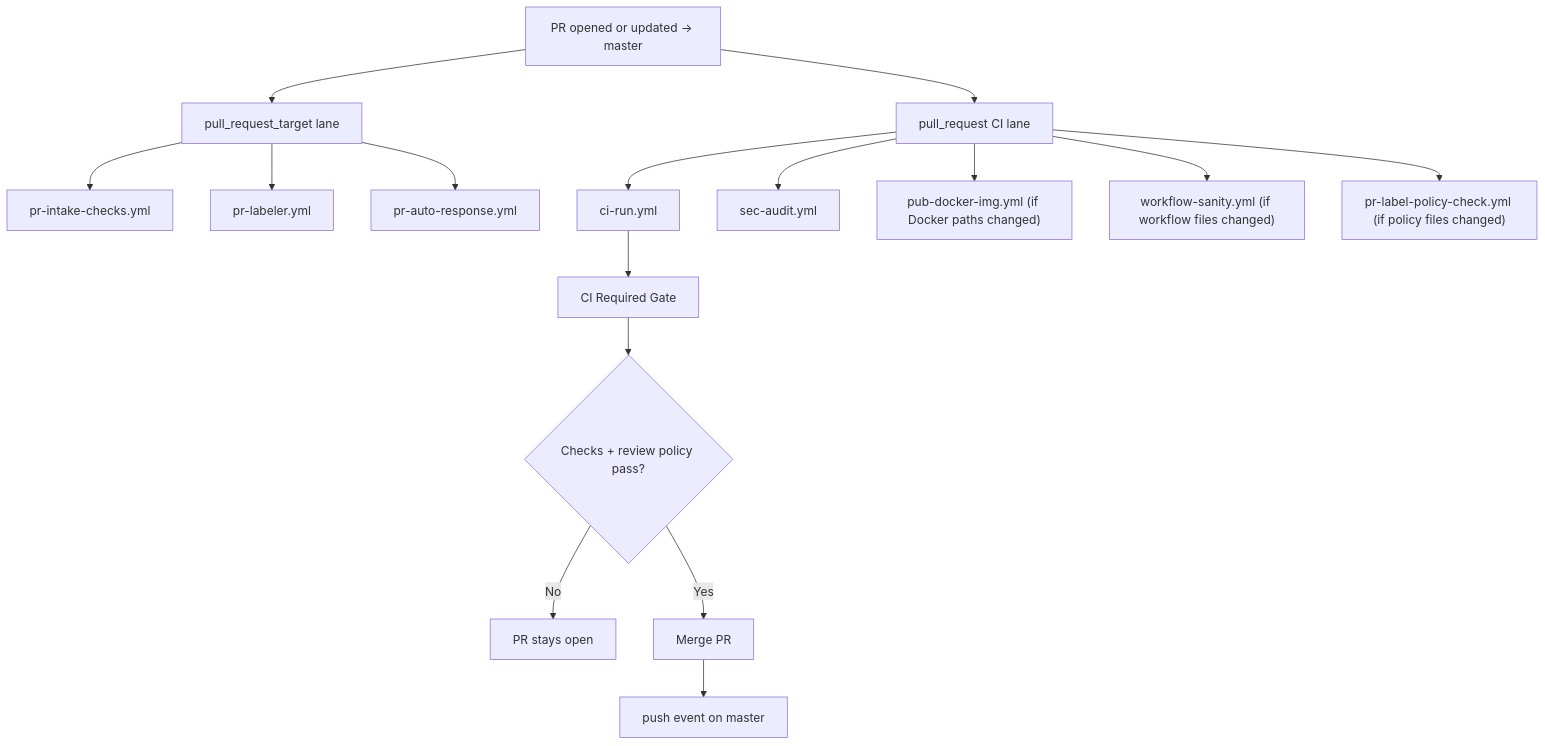
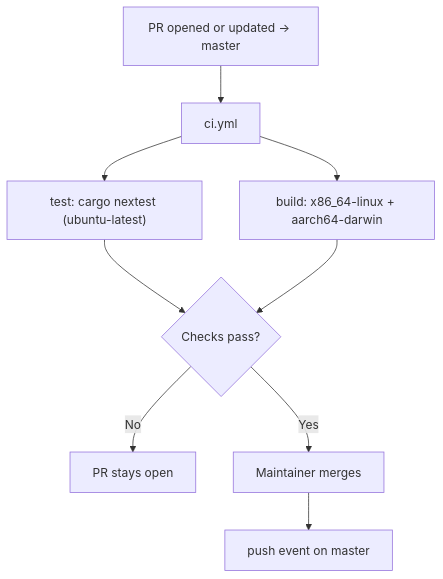
The first of 3 diagrams in .github/workflows/master-branch-flow.md (Sakthisabariesh/personal_bot), drawn with Mermaid before and after one commit. The commit also changed other lines of this file and 4 other files, not shown here.

````diff
--- a/.github/workflows/master-branch-flow.md
+++ b/.github/workflows/master-branch-flow.md
@@ -190,18 +88,10 @@
 ```mermaid
 flowchart TD
-  A["PR opened or updated -> master"] --> B["pull_request_target lane"]
-  B --> B1["pr-intake-checks.yml"]
-  B --> B2["pr-labeler.yml"]
-  B --> B3["pr-auto-response.yml"]
-  A --> C["pull_request CI lane"]
-  C --> C1["ci-run.yml"]
-  C --> C2["sec-audit.yml"]
-  C --> C3["pub-docker-img.yml (if Docker paths changed)"]
-  C --> C4["workflow-sanity.yml (if workflow files changed)"]
-  C --> C5["pr-label-policy-check.yml (if policy files changed)"]
-  C1 --> D["CI Required Gate"]
-  D --> E{"Checks + review policy pass?"}
-  E -->|No| F["PR stays open"]
-  E -->|Yes| G["Merge PR"]
-  G --> H["push event on master"]
+  A["PR opened or updated → master"] --> B["ci.yml"]
+  B --> B1["test: cargo nextest (ubuntu-latest)"]
+  B --> B2["build: x86_64-linux + aarch64-darwin"]
+  B1 & B2 --> C{"Checks pass?"}
+  C -->|No| D["PR stays open"]
+  C -->|Yes| E["Maintainer merges"]
+  E --> F["push event on master"]
 ```
````
